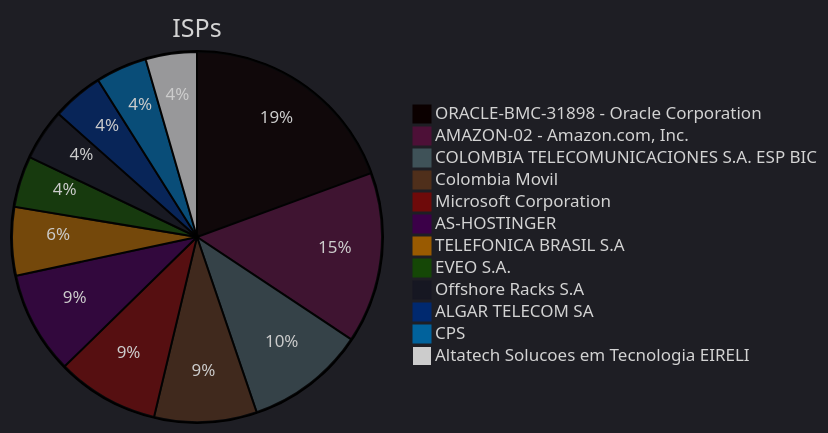
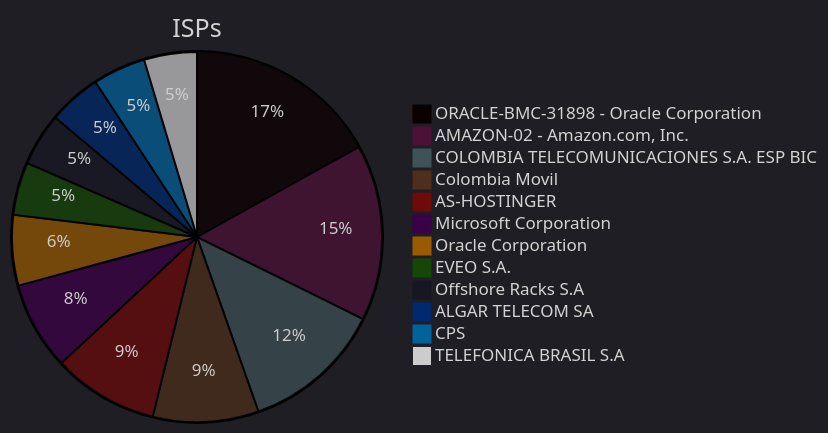
The fourth of 8 diagrams in zolim.md (ZoqueLabs/website), drawn with Mermaid before and after one commit. The commit also changed other lines of this file, not shown here.

````diff
--- a/zolim.md
+++ b/zolim.md
@@ -93,19 +93,19 @@
 ```mermaid
 ---
 config:
   theme: dark
 ---
 pie title ISPs
-  "ORACLE-BMC-31898 - Oracle Corporation" : 13
+  "ORACLE-BMC-31898 - Oracle Corporation" : 11
   "AMAZON-02 - Amazon.com, Inc." : 10
-  "COLOMBIA TELECOMUNICACIONES S.A. ESP BIC" : 7
+  "COLOMBIA TELECOMUNICACIONES S.A. ESP BIC" : 8
   "Colombia Movil" : 6
-  "Microsoft Corporation" : 6
   "AS-HOSTINGER" : 6
-  "TELEFONICA BRASIL S.A" : 4
+  "Microsoft Corporation" : 5
+  "Oracle Corporation" : 4
   "EVEO S.A." : 3
   "Offshore Racks S.A" : 3
   "ALGAR TELECOM SA" : 3
   "CPS" : 3
-  "Altatech Solucoes em Tecnologia EIRELI" : 3
+  "TELEFONICA BRASIL S.A" : 3
 ```
````
